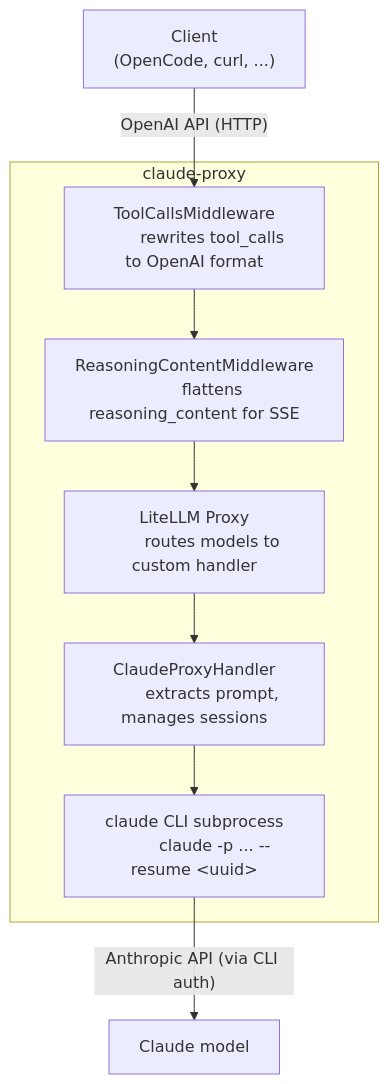
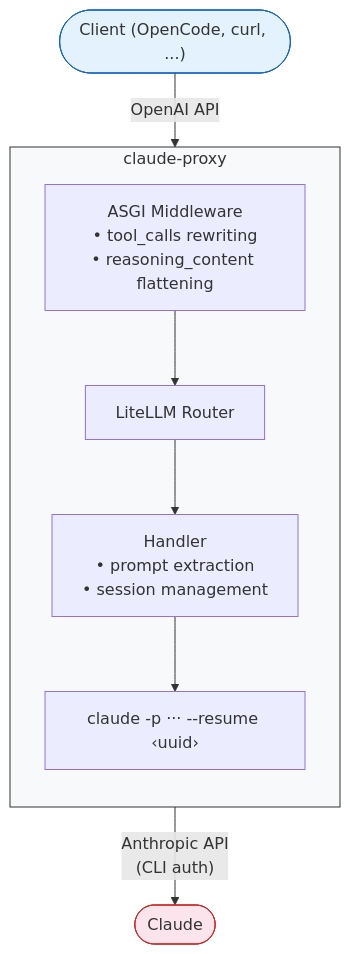
One commit to mesca/claude-proxy changed the diagram in README.md. Above: the diagram before and after it, drawn with Mermaid. The commit also changed other lines of this file, not shown here.

Commit message:
README: cleaner mermaid diagram, update disclaimer
- Mermaid: shorter node labels, bullet lists for details, styled nodes
- Remove "Built with LiteLLM" line
- Disclaimer: "calls the official Claude CLI as a subprocess"

````diff
--- a/README.md
+++ b/README.md
@@ -206,25 +204,23 @@
 ```mermaid
 flowchart TB
-    Client["Client
-    (OpenCode, curl, ...)"]
+    Client(["Client (OpenCode, curl, ...)"])
 
-    subgraph Proxy["claude-proxy"]
-        MW1["ToolCallsMiddleware
-        rewrites tool_calls to OpenAI format"]
-        MW2["ReasoningContentMiddleware
-        flattens reasoning_content for SSE"]
-        LiteLLM["LiteLLM Proxy
-        routes models to custom handler"]
-        Handler["ClaudeProxyHandler
-        extracts prompt, manages sessions"]
-        CLI["claude CLI subprocess
-        claude -p ... --resume &lt;uuid&gt;"]
+    subgraph proxy ["claude-proxy"]
+        direction TB
+        MW["ASGI Middleware\n• tool_calls rewriting\n• reasoning_content flattening"]
+        LiteLLM["LiteLLM Router"]
+        Handler["Handler\n• prompt extraction\n• session management"]
+        CLI["claude -p ··· --resume ‹uuid›"]
 
-        MW1 --> MW2 --> LiteLLM --> Handler --> CLI
+        MW --> LiteLLM --> Handler --> CLI
     end
 
-    Claude["Claude model"]
+    Claude(["Claude"])
 
-    Client -- "OpenAI API (HTTP)" --> MW1
-    CLI -- "Anthropic API (via CLI auth)" --> Claude
+    Client -- "OpenAI API" --> MW
+    CLI -- "Anthropic API\n(CLI auth)" --> Claude
+
+    style proxy fill:#f8f9fa,stroke:#333
+    style Client fill:#e3f2fd,stroke:#1565c0
+    style Claude fill:#fce4ec,stroke:#c62828
 ```
````
